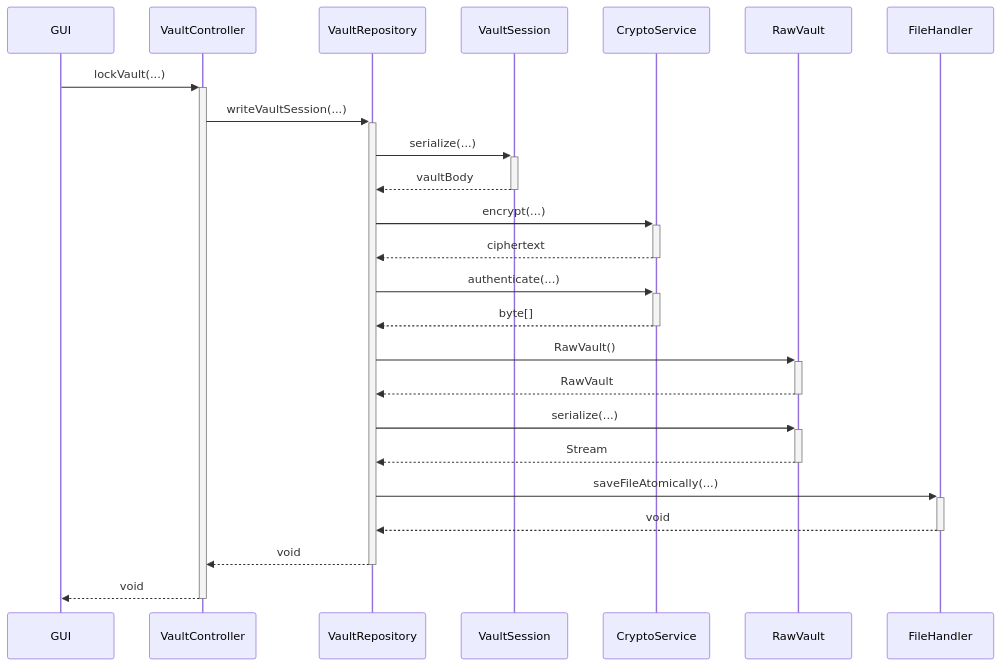
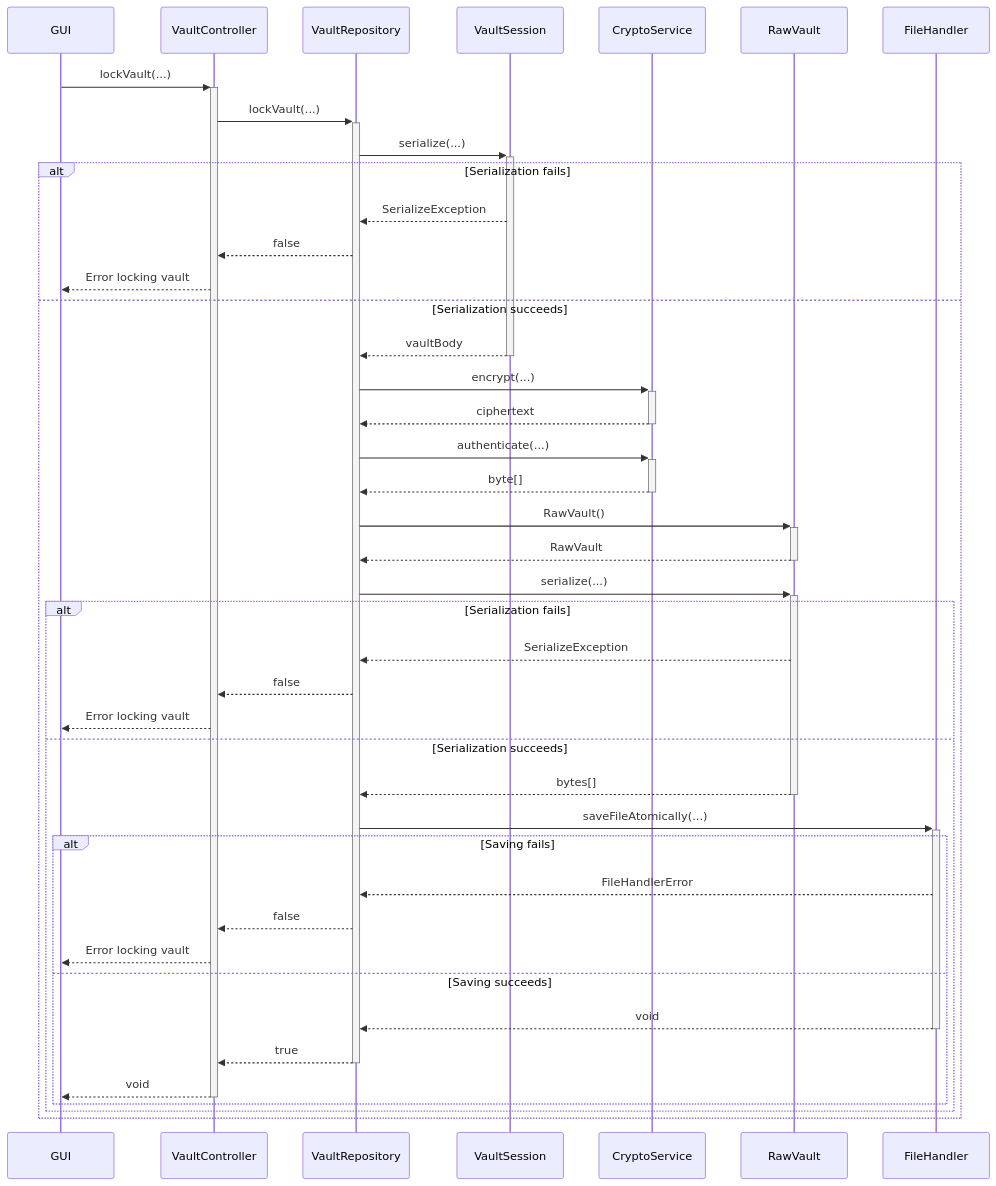
One commit to Keypr-org/docs changed the ninth of 10 diagrams in diagrams/class-sequence-diagrams.md. Above: the diagram before and after it, drawn with Mermaid. The commit also changed other lines of this file, not shown here.

Commit message:
[Doc]: Update class and sequence diagram for lockVault

````diff
--- a/diagrams/class-sequence-diagrams.md
+++ b/diagrams/class-sequence-diagrams.md
@@ -296,19 +296,40 @@
 ```mermaid
 sequenceDiagram
   GUI->>+VaultController: lockVault(...)
-  VaultController->>+VaultRepository: writeVaultSession(...)
+  VaultController->>+VaultRepository: lockVault(...)
   VaultRepository->>+VaultSession: serialize(...)
-  VaultSession-->>-VaultRepository: vaultBody
-  VaultRepository->>+CryptoService: encrypt(...)
-  CryptoService-->>-VaultRepository: ciphertext
-  VaultRepository->>+CryptoService: authenticate(...)
-  CryptoService-->>-VaultRepository: byte[]
-  VaultRepository->>+RawVault: RawVault()
-  RawVault-->>-VaultRepository: RawVault
-  VaultRepository->>+RawVault: serialize(...)
-  RawVault-->>-VaultRepository: Stream
-  VaultRepository->>+FileHandler: saveFileAtomically(...)
-  FileHandler-->>-VaultRepository: void
-  VaultRepository-->>-VaultController: void
-  VaultController-->>-GUI: void
+  alt Serialization fails
+    VaultSession-->>VaultRepository: SerializeException
+    VaultRepository-->>VaultController: false
+    VaultController-->>GUI: Error locking vault
+
+  else Serialization succeeds
+    VaultSession-->>-VaultRepository: vaultBody
+    VaultRepository->>+CryptoService: encrypt(...)
+    CryptoService-->>-VaultRepository: ciphertext
+    VaultRepository->>+CryptoService: authenticate(...)
+    CryptoService-->>-VaultRepository: byte[]
+    VaultRepository->>+RawVault: RawVault()
+    RawVault-->>-VaultRepository: RawVault
+    VaultRepository->>+RawVault: serialize(...)
+    alt Serialization fails
+      RawVault-->>VaultRepository: SerializeException
+      VaultRepository-->>VaultController: false
+      VaultController-->>GUI: Error locking vault
+
+    else Serialization succeeds
+      RawVault-->>-VaultRepository: bytes[]
+      VaultRepository->>+FileHandler: saveFileAtomically(...)
+      alt Saving fails
+        FileHandler-->>VaultRepository: FileHandlerError
+        VaultRepository-->>VaultController: false
+        VaultController-->>GUI: Error locking vault
+
+      else Saving succeeds
+        FileHandler-->>-VaultRepository: void
+        VaultRepository-->>-VaultController: true
+        VaultController-->>-GUI: void
+      end
+    end
+  end
 ```
````
